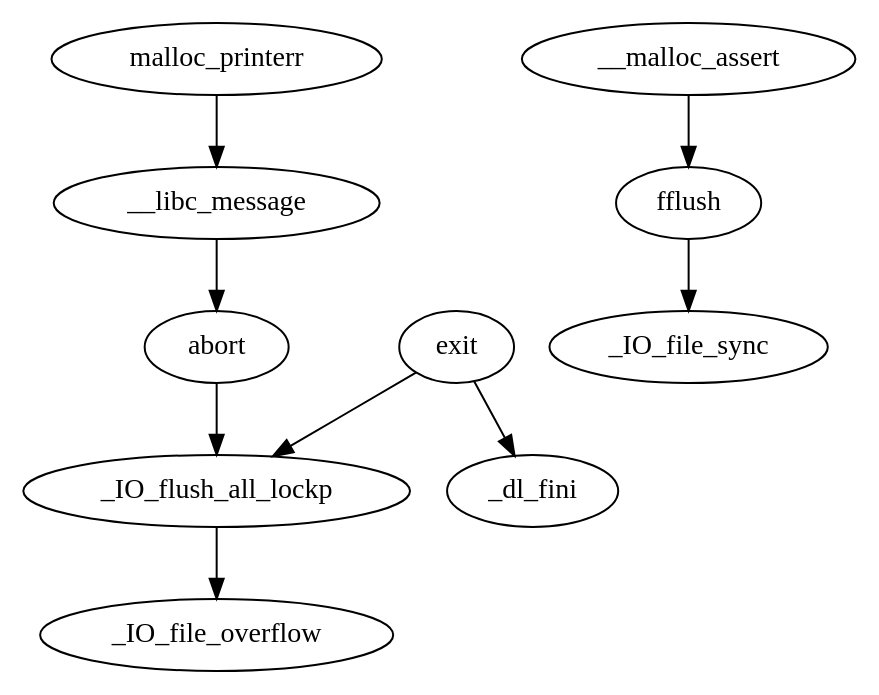
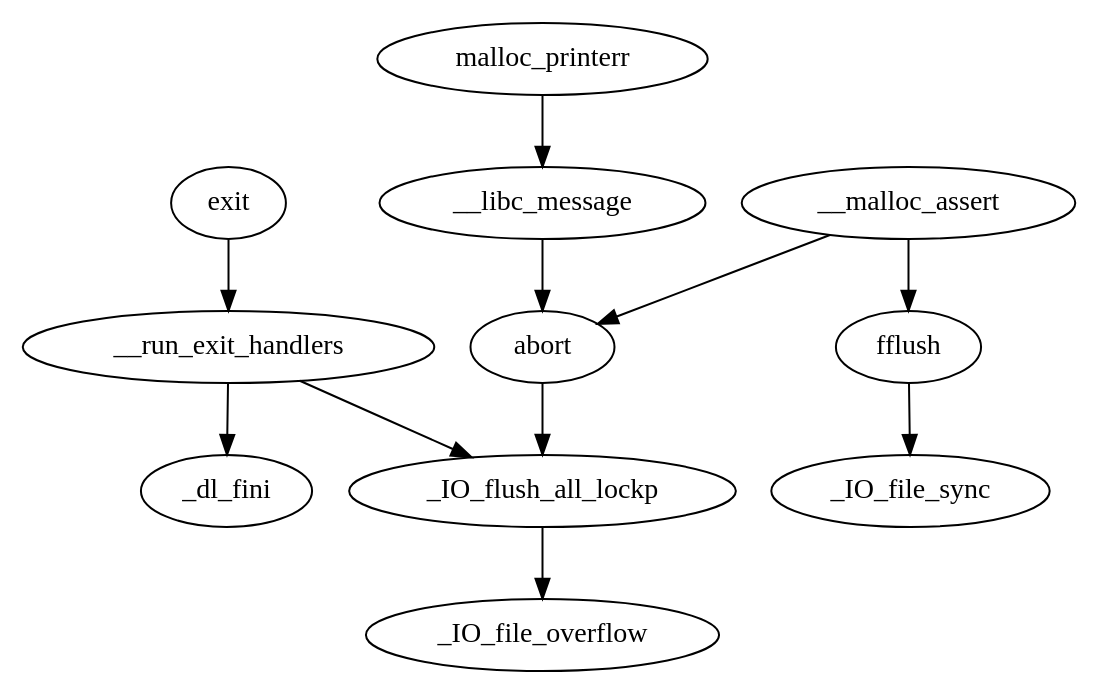
Before and after one commit to RioKato/pwn-cheatsheet: the diagram in terminate.gv, drawn with Graphviz. The commit also changed 2 other files, not shown here.

```diff
--- a/terminate.gv
+++ b/terminate.gv
@@ -1,7 +1,8 @@
 digraph {
   malloc_printerr -> __libc_message -> abort -> _IO_flush_all_lockp;
-  exit -> _IO_flush_all_lockp;
-  exit -> _dl_fini;
+  exit -> __run_exit_handlers -> _IO_flush_all_lockp;
+  __run_exit_handlers -> _dl_fini;
   _IO_flush_all_lockp -> _IO_file_overflow;
   __malloc_assert -> fflush -> _IO_file_sync;
+  __malloc_assert -> abort;
 }
```
